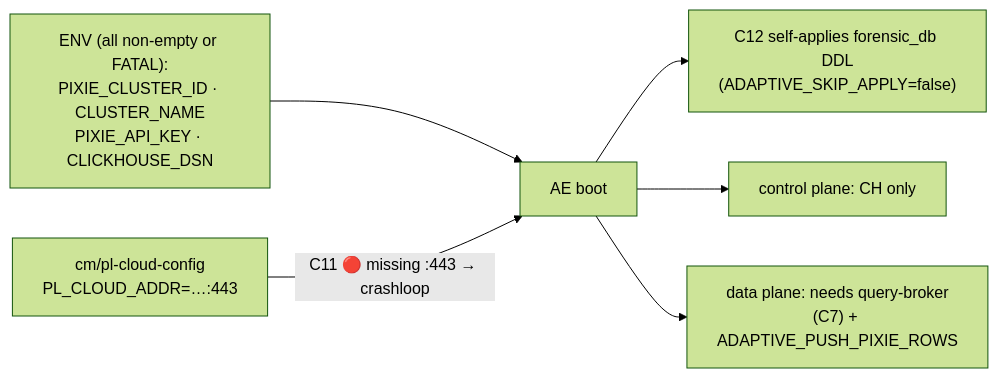
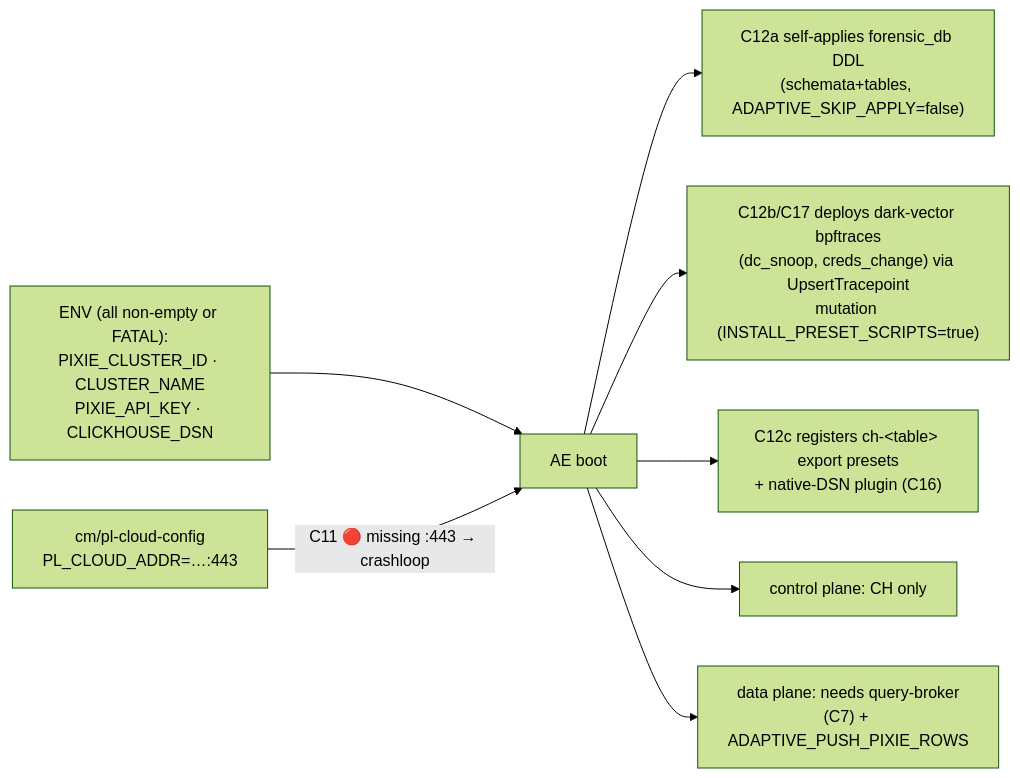
Before and after one commit to k8sstormcenter/pixie: the second of 3 diagrams in src/e2e_test/adaptive_export_loadtest/CONTRACTS.md, drawn with Mermaid (forest theme). The commit also changed other lines of this file and 33 other files, not shown here.

First line of the commit message:
adaptive_export: restore dark-vector tracepoint table export onto main (8 dx_* tables) (#89)

````diff
--- a/src/e2e_test/adaptive_export_loadtest/CONTRACTS.md
+++ b/src/e2e_test/adaptive_export_loadtest/CONTRACTS.md
@@ -46,8 +46,10 @@
 ```mermaid
 flowchart LR
     ENV["ENV (all non-empty or FATAL):<br/>PIXIE_CLUSTER_ID · CLUSTER_NAME<br/>PIXIE_API_KEY · CLICKHOUSE_DSN"] --> BOOT
     CM["cm/pl-cloud-config<br/>PL_CLOUD_ADDR=…:443"] -->|"C11 🔴 missing :443 → crashloop"| BOOT
-    BOOT["AE boot"] --> DDL["C12 self-applies forensic_db DDL<br/>(ADAPTIVE_SKIP_APPLY=false)"]
+    BOOT["AE boot"] --> DDL["C12a self-applies forensic_db DDL<br/>(schemata+tables, ADAPTIVE_SKIP_APPLY=false)"]
+    BOOT --> TRACE["C12b/C17 deploys dark-vector bpftraces<br/>(dc_snoop, creds_change) via UpsertTracepoint<br/>mutation (INSTALL_PRESET_SCRIPTS=true)"]
+    BOOT --> PRESETS["C12c registers ch-&lt;table&gt; export presets<br/>+ native-DSN plugin (C16)"]
     BOOT --> CTRLPLANE["control plane: CH only"]
     BOOT --> DATAPLANE["data plane: needs query-broker<br/>(C7) + ADAPTIVE_PUSH_PIXIE_ROWS"]
 ```
````
